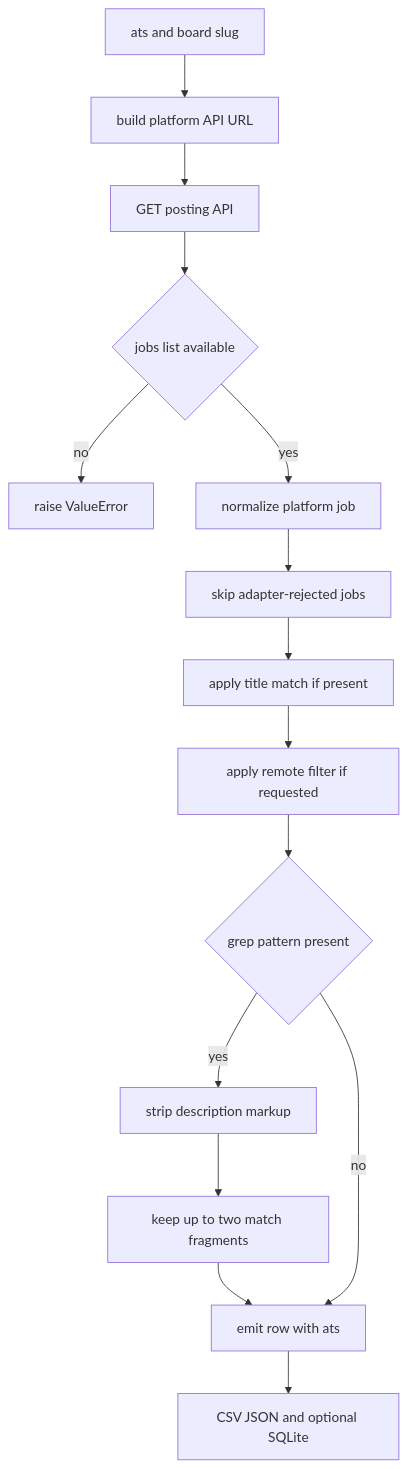
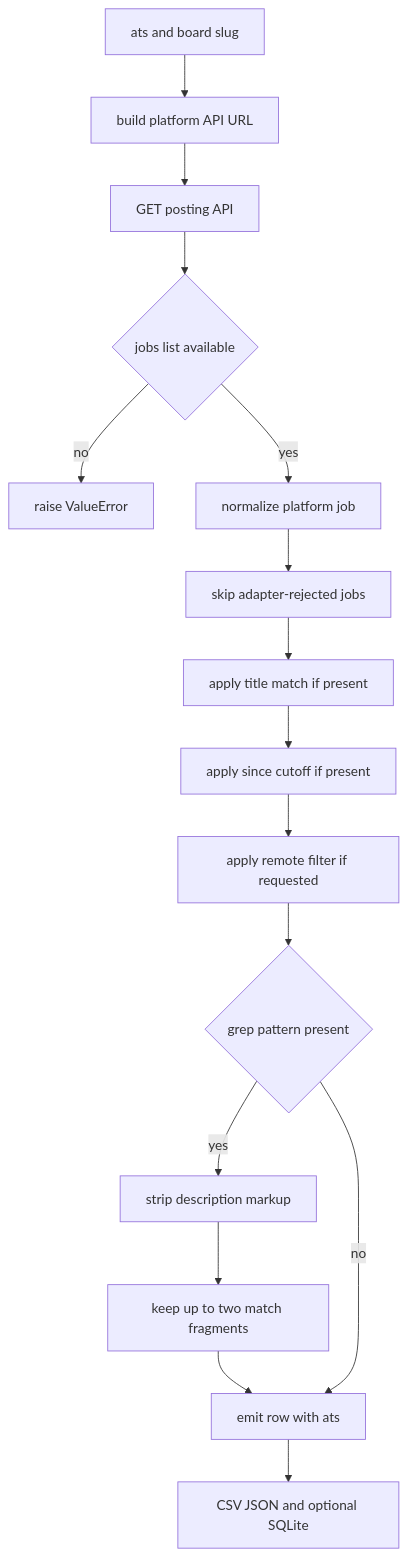
One commit to dlibis/job-boards changed the diagram in openwiki/workflows/job-scrape.md. Above: the diagram before and after it, drawn with Mermaid. The commit also changed other lines of this file and 7 other files, not shown here.

````diff
--- a/openwiki/workflows/job-scrape.md
+++ b/openwiki/workflows/job-scrape.md
@@ -27,17 +29,18 @@
 ```mermaid
 flowchart TD
     Board["ats and board slug"] --> URL["build platform API URL"]
     URL --> Fetch["GET posting API"]
     Fetch --> Shape{"jobs list available"}
     Shape -->|"no"| Fail["raise ValueError"]
     Shape -->|"yes"| Adapter["normalize platform job"]
     Adapter --> Listed["skip adapter-rejected jobs"]
     Listed --> Title["apply title match if present"]
-    Title --> Remote["apply remote filter if requested"]
+    Title --> Fresh["apply since cutoff if present"]
+    Fresh --> Remote["apply remote filter if requested"]
     Remote --> Grep{"grep pattern present"}
     Grep -->|"yes"| Text["strip description markup"]
     Text --> Fragments["keep up to two match fragments"]
     Fragments --> Row["emit row with ats"]
     Grep -->|"no"| Row
     Row --> Outputs["CSV JSON and optional SQLite"]
 ```
````
